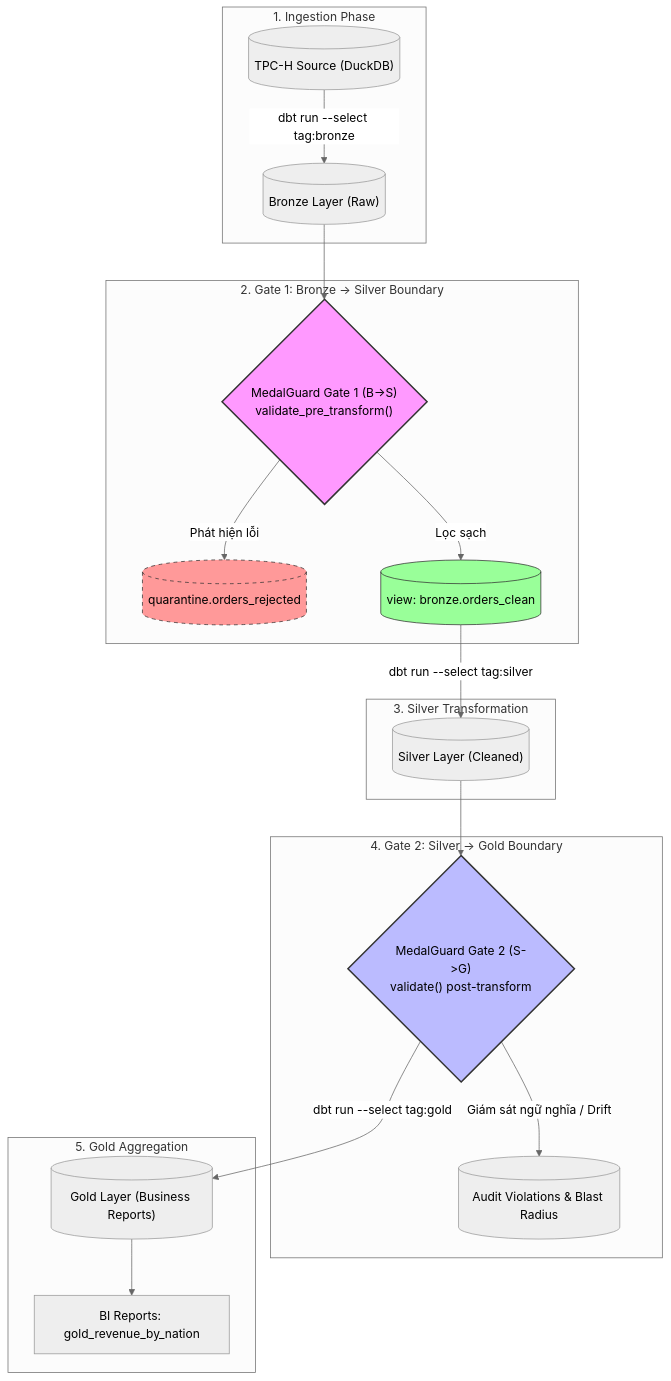
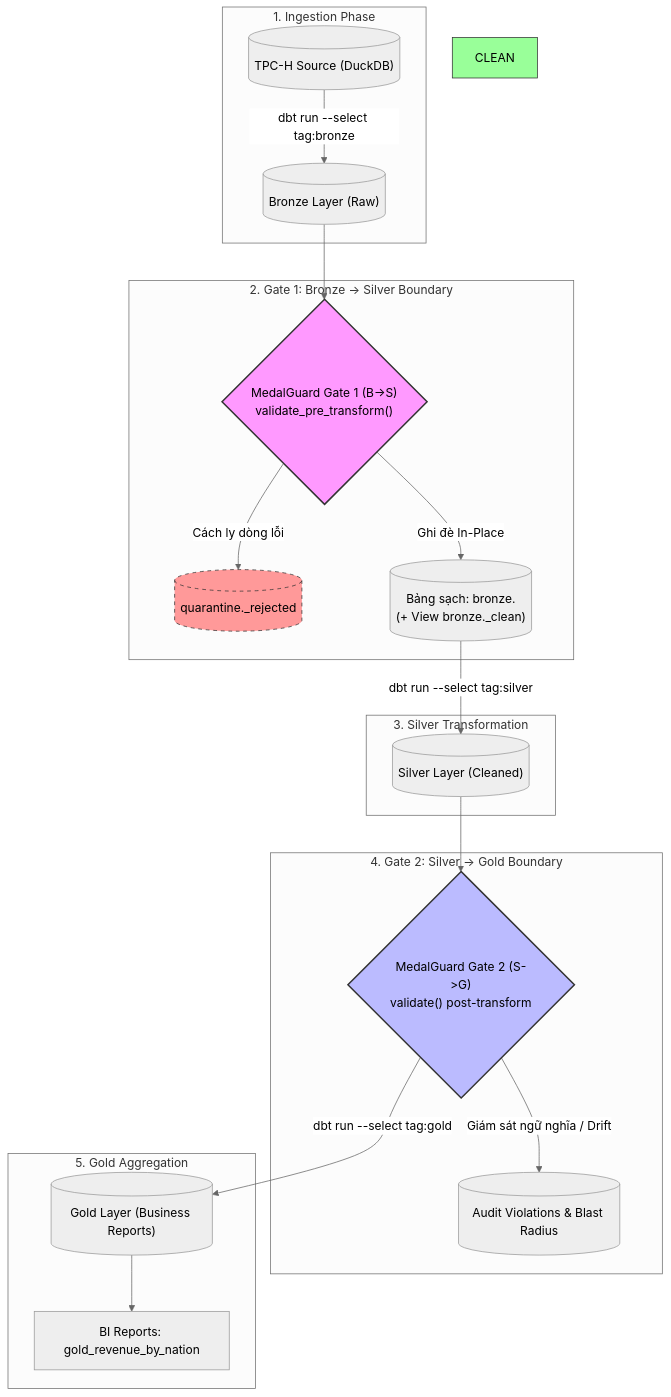
One commit to conghanhksa7/medalguard changed the first of 2 diagrams in PROJECT_OVERVIEW.md. Above: the diagram before and after it, drawn with Mermaid (neutral theme). The commit also changed other lines of this file and 5 other files, not shown here.

````diff
--- a/PROJECT_OVERVIEW.md
+++ b/PROJECT_OVERVIEW.md
@@ -72,31 +72,31 @@
 ```mermaid
 flowchart TD
     subgraph S1 ["1. Ingestion Phase"]
         SRC[("TPC-H Source (DuckDB)")] -->|dbt run --select tag:bronze| BRONZE[("Bronze Layer (Raw)")]
     end
 
     subgraph S2 ["2. Gate 1: Bronze -> Silver Boundary"]
         BRONZE --> G1{"MedalGuard Gate 1 (B->S)\nvalidate_pre_transform()"}
-        G1 -->|Phát hiện lỗi| QUAR[("quarantine.orders_rejected")]
-        G1 -->|Lọc sạch| CLEAN[("view: bronze.orders_clean")]
+        G1 -->|Cách ly dòng lỗi| QUAR[("quarantine.<table_name>_rejected")]
+        G1 -->|Ghi đè In-Place| CLEAN_TBL[("Bảng sạch: bronze.<table_name>\n(+ View bronze.<table_name>_clean)")]
     end
 
     subgraph S3 ["3. Silver Transformation"]
-        CLEAN -->|dbt run --select tag:silver| SILVER[("Silver Layer (Cleaned)")]
+        CLEAN_TBL -->|dbt run --select tag:silver| SILVER[("Silver Layer (Cleaned)")]
     end
 
     subgraph S4 ["4. Gate 2: Silver -> Gold Boundary"]
         SILVER --> G2{"MedalGuard Gate 2 (S->G)\nvalidate() post-transform"}
         G2 -->|Giám sát ngữ nghĩa / Drift| LOG[("Audit Violations & Blast Radius")]
     end
 
     subgraph S5 ["5. Gold Aggregation"]
         G2 -->|dbt run --select tag:gold| GOLD[("Gold Layer (Business Reports)")]
         GOLD --> BI["BI Reports: gold_revenue_by_nation"]
     end
 
     style G1 fill:#f9f,stroke:#333,stroke-width:2px
     style G2 fill:#bbf,stroke:#333,stroke-width:2px
     style QUAR fill:#ff9999,stroke:#333,stroke-dasharray: 5 5
     style CLEAN fill:#99ff99,stroke:#333
 ```
````
